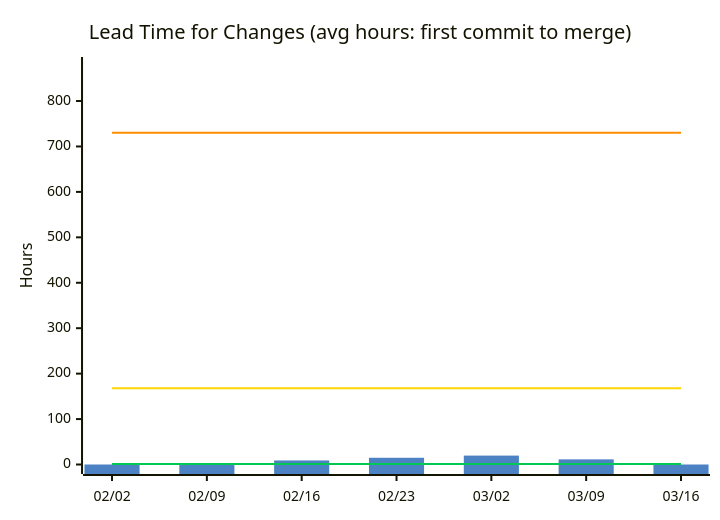
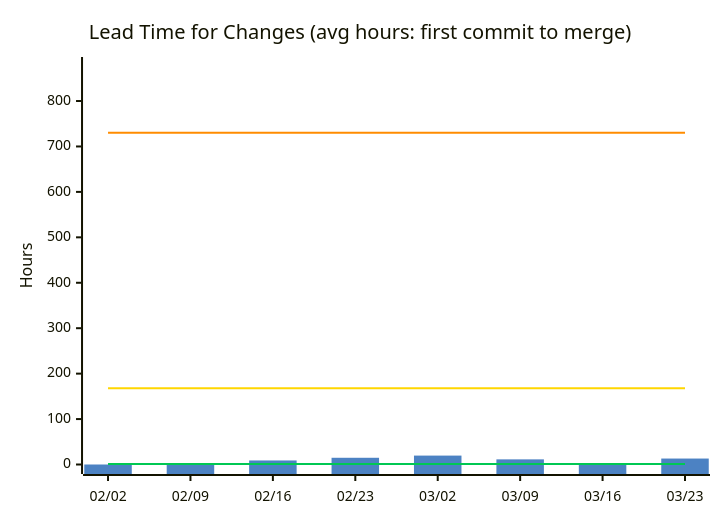
The second of 14 diagrams in docs/metrics.md (nablarch/nabledge-dev), drawn with Mermaid before and after one commit. The commit also changed other lines of this file and 2 other files, not shown here.

````diff
--- a/docs/metrics.md
+++ b/docs/metrics.md
@@ -49,11 +49,11 @@
 ```mermaid
 %%{init: {'theme': 'base', 'themeVariables': {'xyChart': {'plotColorPalette': '#4C82C3,#00C853,#FFD600,#FF8C00'}}}}%%
 xychart-beta
   title "Lead Time for Changes (avg hours: first commit to merge)"
-  x-axis ["02/02", "02/09", "02/16", "02/23", "03/02", "03/09", "03/16"]
+  x-axis ["02/02", "02/09", "02/16", "02/23", "03/02", "03/09", "03/16", "03/23"]
   y-axis "Hours" 0 --> 876
-  bar [0, 2.7, 8.9, 14.8, 19.6, 11.3, 0]
-  line [1, 1, 1, 1, 1, 1, 1]
-  line [168, 168, 168, 168, 168, 168, 168]
-  line [730, 730, 730, 730, 730, 730, 730]
+  bar [0, 2.7, 8.9, 14.8, 19.6, 11.3, 0, 13.1]
+  line [1, 1, 1, 1, 1, 1, 1, 1]
+  line [168, 168, 168, 168, 168, 168, 168, 168]
+  line [730, 730, 730, 730, 730, 730, 730, 730]
 ```
````
